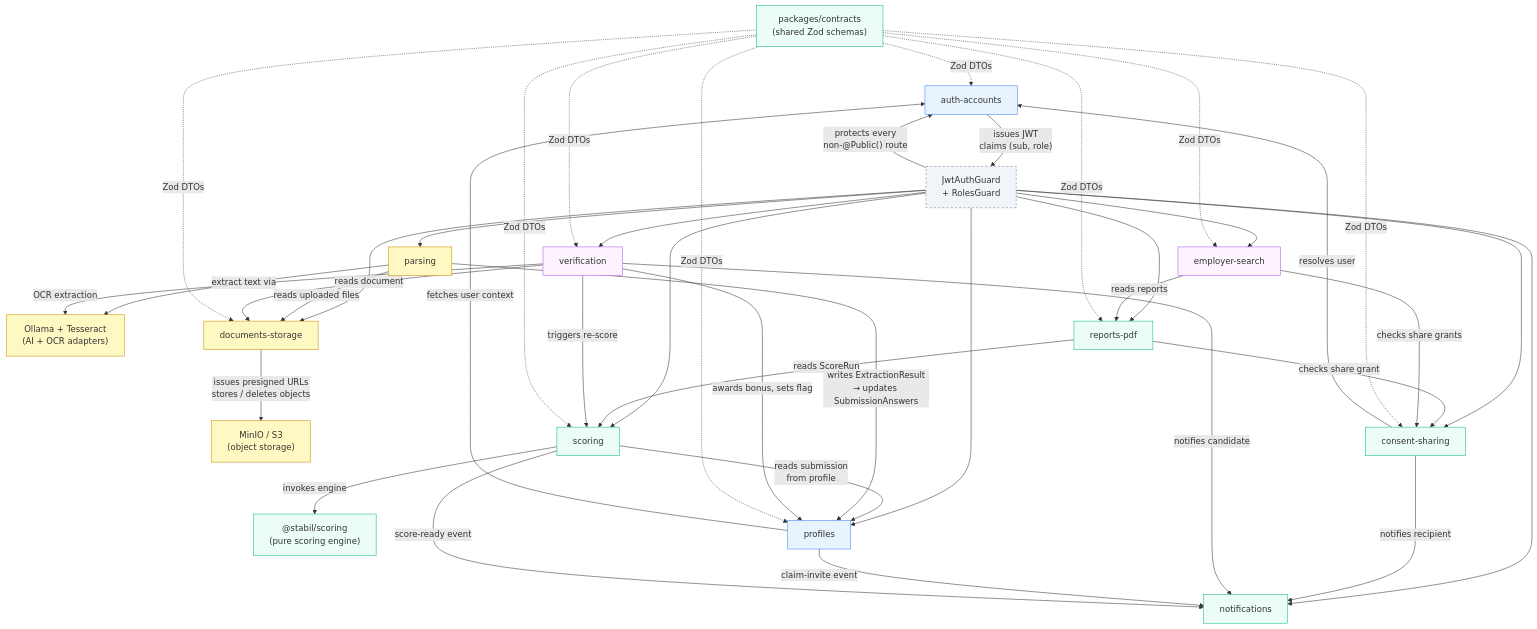
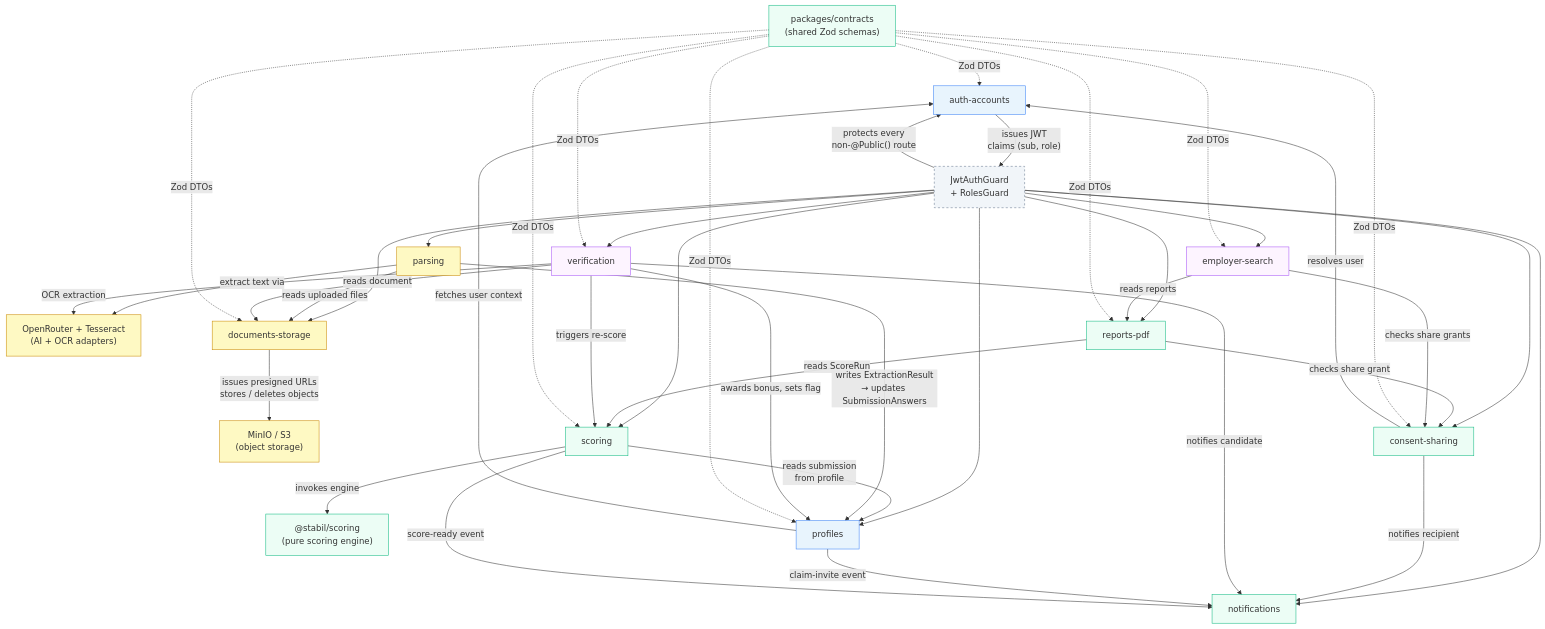
One commit to yashranaway/stabil changed the diagram in docs/backend/modules/README.md. Above: the diagram before and after it, drawn with Mermaid. The commit also changed other lines of this file and 27 other files, not shown here.

First line of the commit message:
Docs: switch AI provider from self-hosted Ollama to OpenRouter

```diff
--- a/docs/backend/modules/README.md
+++ b/docs/backend/modules/README.md
@@ -47,7 +47,7 @@
     SC["@stabil/scoring\n(pure scoring engine)"]
     CO["packages/contracts\n(shared Zod schemas)"]
     MINIO["MinIO / S3\n(object storage)"]
-    OLLAMA["Ollama + Tesseract\n(AI + OCR adapters)"]
+    OPENROUTER["OpenRouter + Tesseract\n(AI + OCR adapters)"]
 
     %% ── NestJS guards ────────────────────────────────────────────
     JG["JwtAuthGuard\n+ RolesGuard"]
@@ -91,10 +91,10 @@
     %% ── Documents / parsing / verification chain ─────────────────
     DOCS -->|"issues presigned URLs\nstores / deletes objects"| MINIO
     PARS -->|"reads uploaded files"| DOCS
-    PARS -->|"extract text via"| OLLAMA
+    PARS -->|"extract text via"| OPENROUTER
     PARS -->|"writes ExtractionResult\n→ updates SubmissionAnswers"| PROF
     VERIF -->|"reads document"| DOCS
-    VERIF -->|"OCR extraction"| OLLAMA
+    VERIF -->|"OCR extraction"| OPENROUTER
     VERIF -->|"awards bonus, sets flag"| PROF
     VERIF -->|"triggers re-score"| SCOR
     VERIF -->|"notifies candidate"| NOTF
@@ -117,7 +117,7 @@
     style SC fill:#ecfdf5,stroke:#10b981
     style CO fill:#ecfdf5,stroke:#10b981
     style MINIO fill:#fef9c3,stroke:#ca8a04
-    style OLLAMA fill:#fef9c3,stroke:#ca8a04
+    style OPENROUTER fill:#fef9c3,stroke:#ca8a04
     style JG fill:#f1f5f9,stroke:#64748b,stroke-dasharray:4 4
     style AUTH fill:#e8f4fd,stroke:#3b82f6
     style PROF fill:#e8f4fd,stroke:#3b82f6
```
